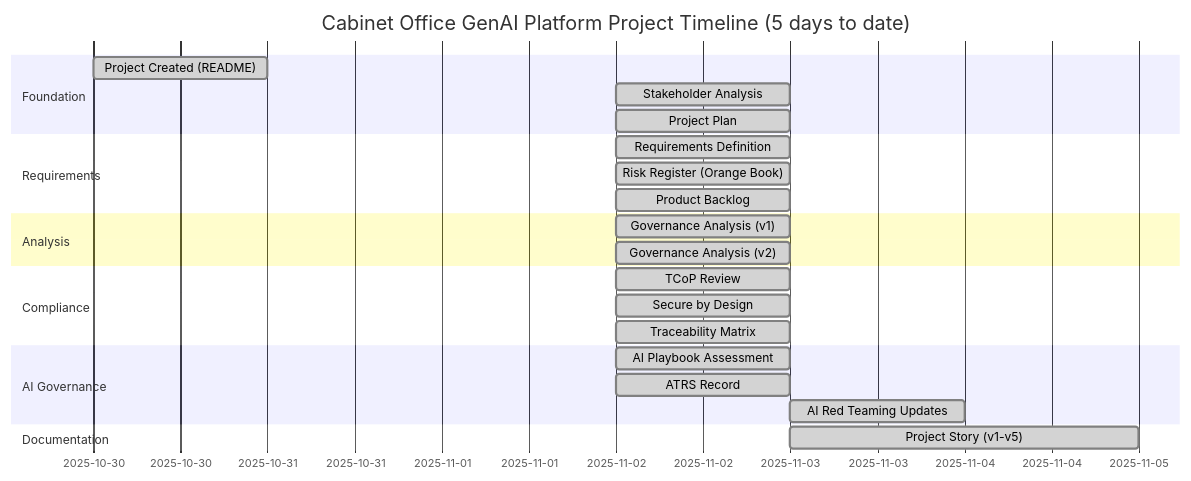
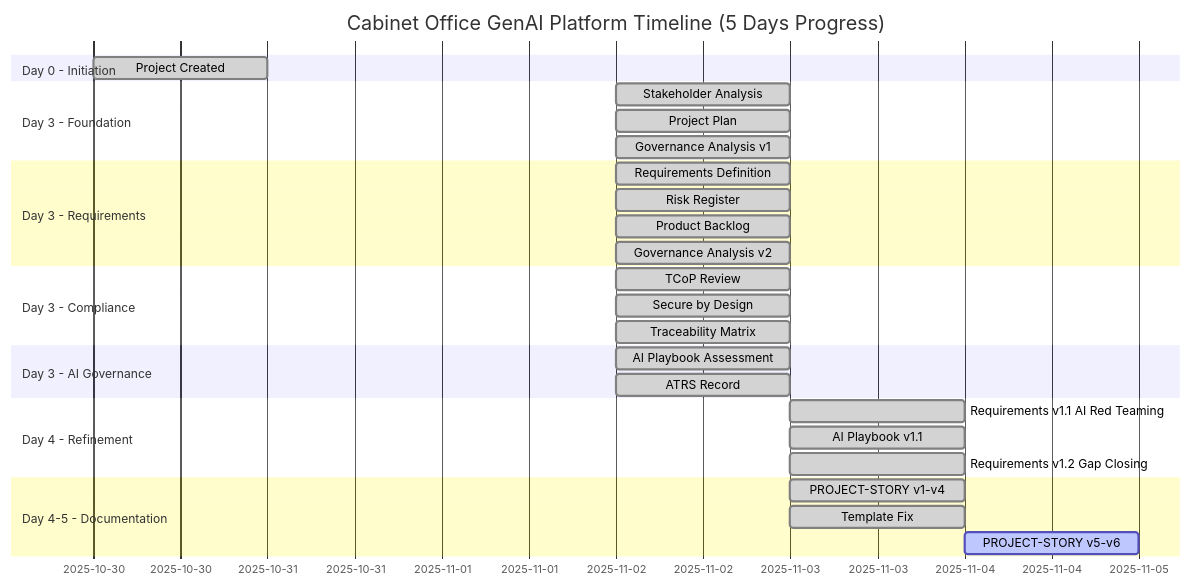
One commit to tractorjuice/arckit-test-project-v8-cabinet-office-genai changed the first of 3 diagrams in projects/001-cabinet-office-genai/PROJECT-STORY.md. Above: the diagram before and after it, drawn with Mermaid. The commit also changed other lines of this file, not shown here.

First line of the commit message:
feat: PROJECT-STORY.md v6.0 - comprehensive 1,116-line project story with enhanced narrative chapters

````diff
--- a/projects/001-cabinet-office-genai/PROJECT-STORY.md
+++ b/projects/001-cabinet-office-genai/PROJECT-STORY.md
@@ -67,32 +114,38 @@
 ```mermaid
 gantt
-    title Cabinet Office GenAI Platform Project Timeline (5 days to date)
+    title Cabinet Office GenAI Platform Timeline (5 Days Progress)
     dateFormat YYYY-MM-DD
 
-    section Foundation
-    Project Created (README)         :done, readme, 2025-10-30, 1d
-    Stakeholder Analysis           :done, stakeholders, 2025-11-02, 1d
-    Project Plan                   :done, plan, 2025-11-02, 1d
+    section Day 0 - Initiation
+    Project Created                             :done, init, 2025-10-30, 1d
 
-    section Requirements
-    Requirements Definition        :done, req, 2025-11-02, 1d
-    Risk Register (Orange Book)    :done, risk, 2025-11-02, 1d
-    Product Backlog               :done, backlog, 2025-11-02, 1d
+    section Day 3 - Foundation
+    Stakeholder Analysis                        :done, stake, 2025-11-02, 1d
+    Project Plan                                :done, plan, 2025-11-02, 1d
+    Governance Analysis v1                      :done, ana1, 2025-11-02, 1d
 
-    section Analysis
-    Governance Analysis (v1)      :done, analyze1, 2025-11-02, 1d
-    Governance Analysis (v2)      :done, analyze2, 2025-11-02, 1d
+    section Day 3 - Requirements
+    Requirements Definition                     :done, req, 2025-11-02, 1d
+    Risk Register                               :done, risk, 2025-11-02, 1d
+    Product Backlog                             :done, back, 2025-11-02, 1d
+    Governance Analysis v2                      :done, ana2, 2025-11-02, 1d
 
-    section Compliance
-    TCoP Review                   :done, tcop, 2025-11-02, 1d
-    Secure by Design             :done, secure, 2025-11-02, 1d
-    Traceability Matrix          :done, trace, 2025-11-02, 1d
+    section Day 3 - Compliance
+    TCoP Review                                 :done, tcop, 2025-11-02, 1d
+    Secure by Design                            :done, sec, 2025-11-02, 1d
+    Traceability Matrix                         :done, trace, 2025-11-02, 1d
 
-    section AI Governance
-    AI Playbook Assessment       :done, aiplaybook, 2025-11-02, 1d
-    ATRS Record                  :done, atrs, 2025-11-02, 1d
-    AI Red Teaming Updates       :done, redteam, 2025-11-03, 1d
+    section Day 3 - AI Governance
+    AI Playbook Assessment                      :done, aiplay, 2025-11-02, 1d
+    ATRS Record                                 :done, atrs, 2025-11-02, 1d
 
-    section Documentation
-    Project Story (v1-v5)        :done, story, 2025-11-03, 2d
+    section Day 4 - Refinement
+    Requirements v1.1 AI Red Teaming            :done, req11, 2025-11-03, 1d
+    AI Playbook v1.1                            :done, aiplay11, 2025-11-03, 1d
+    Requirements v1.2 Gap Closing               :done, req12, 2025-11-03, 1d
+
+    section Day 4-5 - Documentation
+    PROJECT-STORY v1-v4                         :done, story14, 2025-11-03, 1d
+    Template Fix                                :done, temp, 2025-11-03, 1d
+    PROJECT-STORY v5-v6                         :active, story6, 2025-11-04, 1d
 ```
````
